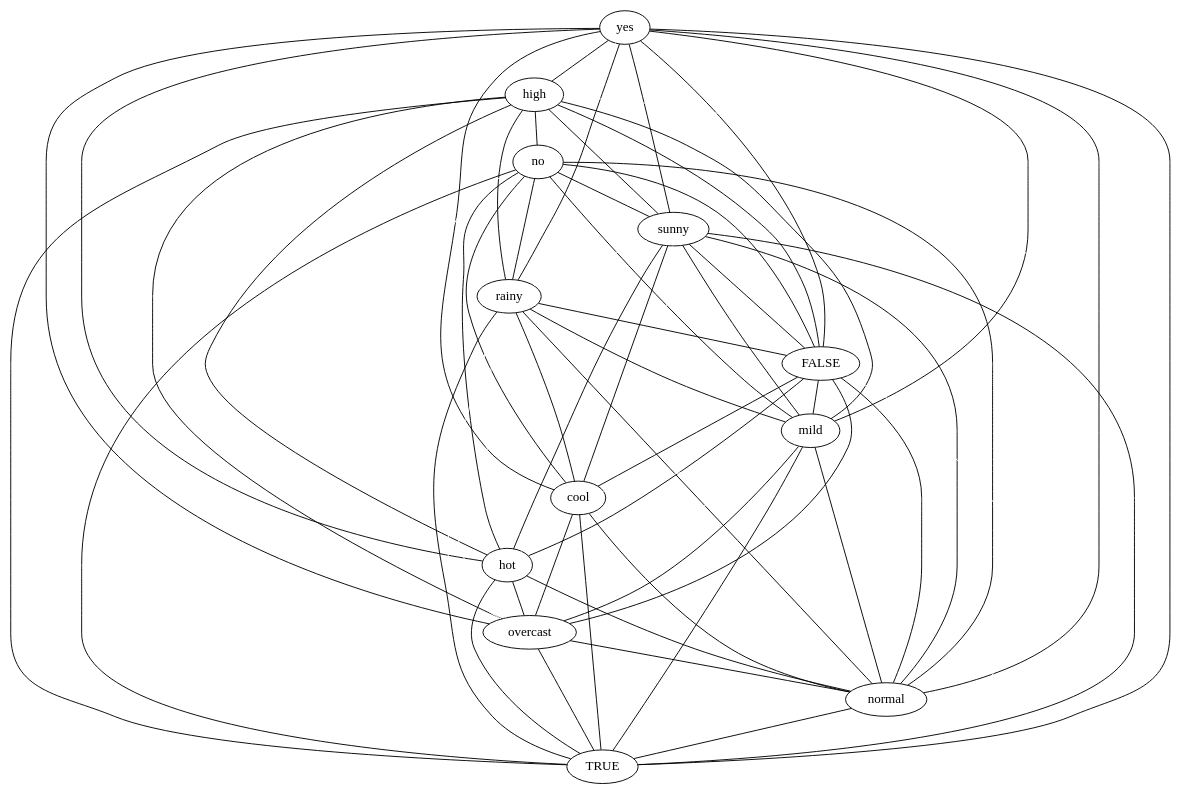
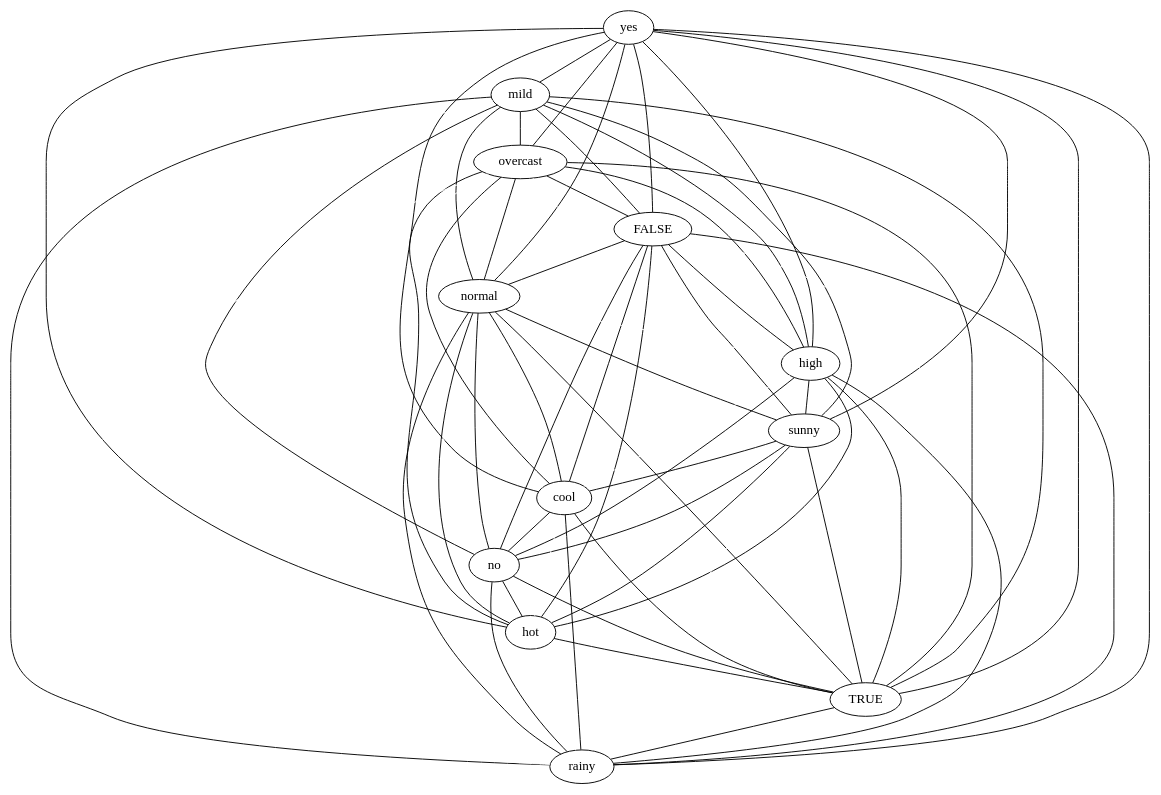
The diagram in src/final/plainGraph.dot (lrodrin/TFG), drawn with Graphviz before and after one commit. The commit also changed 12 other files, not shown here.

```diff
--- a/src/final/plainGraph.dot
+++ b/src/final/plainGraph.dot
@@ -1,80 +1,80 @@
 strict graph "" {
 yes;
+mild;
+overcast;
+FALSE;
+normal;
 high;
+sunny;
+cool;
 no;
-sunny;
+hot;
+TRUE;
 rainy;
-FALSE;
-mild;
-cool;
-hot;
-overcast;
-normal;
-TRUE;
+yes -- cool  [color=black];
 yes -- mild  [color=black];
-yes -- cool  [color=black];
+yes -- overcast  [color=black];
+yes -- FALSE  [color=black];
 yes -- no  [color=white];
+yes -- hot  [color=black];
 yes -- TRUE  [color=black];
-yes -- overcast  [color=black];
 yes -- normal  [color=black];
+yes -- high  [color=black];
+yes -- rainy  [color=black];
 yes -- sunny  [color=black];
-yes -- FALSE  [color=black];
-yes -- high  [color=black];
-yes -- hot  [color=black];
-yes -- rainy  [color=black];
-high -- mild  [color=black];
+mild -- cool  [color=white];
+mild -- overcast  [color=black];
+mild -- FALSE  [color=black];
+mild -- no  [color=black];
+mild -- hot  [color=white];
+mild -- TRUE  [color=black];
+mild -- normal  [color=black];
+mild -- high  [color=black];
+mild -- rainy  [color=black];
+mild -- sunny  [color=black];
+overcast -- cool  [color=black];
+overcast -- FALSE  [color=black];
+overcast -- no  [color=white];
+overcast -- hot  [color=black];
+overcast -- TRUE  [color=black];
+overcast -- normal  [color=black];
+overcast -- high  [color=black];
+overcast -- rainy  [color=white];
+overcast -- sunny  [color=white];
+FALSE -- cool  [color=black];
+FALSE -- no  [color=black];
+FALSE -- hot  [color=black];
+FALSE -- TRUE  [color=white];
+FALSE -- normal  [color=black];
+FALSE -- high  [color=black];
+FALSE -- rainy  [color=black];
+FALSE -- sunny  [color=black];
+normal -- cool  [color=black];
+normal -- no  [color=black];
+normal -- hot  [color=black];
+normal -- TRUE  [color=black];
+normal -- high  [color=white];
+normal -- rainy  [color=black];
+normal -- sunny  [color=black];
+high -- cool  [color=white];
 high -- no  [color=black];
 high -- TRUE  [color=black];
-high -- cool  [color=white];
-high -- overcast  [color=black];
 high -- sunny  [color=black];
-high -- FALSE  [color=black];
 high -- rainy  [color=black];
 high -- hot  [color=black];
-high -- normal  [color=white];
-no -- mild  [color=black];
+sunny -- cool  [color=black];
+sunny -- no  [color=black];
+sunny -- TRUE  [color=black];
+sunny -- rainy  [color=white];
+sunny -- hot  [color=black];
+cool -- no  [color=black];
+cool -- hot  [color=white];
+cool -- TRUE  [color=black];
+cool -- rainy  [color=black];
 no -- hot  [color=black];
 no -- TRUE  [color=black];
-no -- cool  [color=black];
-no -- overcast  [color=white];
-no -- normal  [color=black];
-no -- sunny  [color=black];
-no -- FALSE  [color=black];
 no -- rainy  [color=black];
-sunny -- mild  [color=black];
-sunny -- TRUE  [color=black];
-sunny -- cool  [color=black];
-sunny -- overcast  [color=white];
-sunny -- normal  [color=black];
-sunny -- FALSE  [color=black];
-sunny -- hot  [color=black];
-sunny -- rainy  [color=white];
-rainy -- mild  [color=black];
-rainy -- TRUE  [color=black];
-rainy -- cool  [color=black];
-rainy -- overcast  [color=white];
-rainy -- FALSE  [color=black];
-rainy -- hot  [color=white];
-rainy -- normal  [color=black];
-FALSE -- mild  [color=black];
-FALSE -- TRUE  [color=white];
-FALSE -- cool  [color=black];
-FALSE -- normal  [color=black];
-FALSE -- overcast  [color=black];
-FALSE -- hot  [color=black];
-mild -- cool  [color=white];
-mild -- TRUE  [color=black];
-mild -- overcast  [color=black];
-mild -- normal  [color=black];
-mild -- hot  [color=white];
-cool -- TRUE  [color=black];
-cool -- overcast  [color=black];
-cool -- normal  [color=black];
-cool -- hot  [color=white];
 hot -- TRUE  [color=black];
-hot -- overcast  [color=black];
-hot -- normal  [color=black];
-overcast -- TRUE  [color=black];
-overcast -- normal  [color=black];
-normal -- TRUE  [color=black];
+hot -- rainy  [color=white];
+TRUE -- rainy  [color=black];
 }
```
